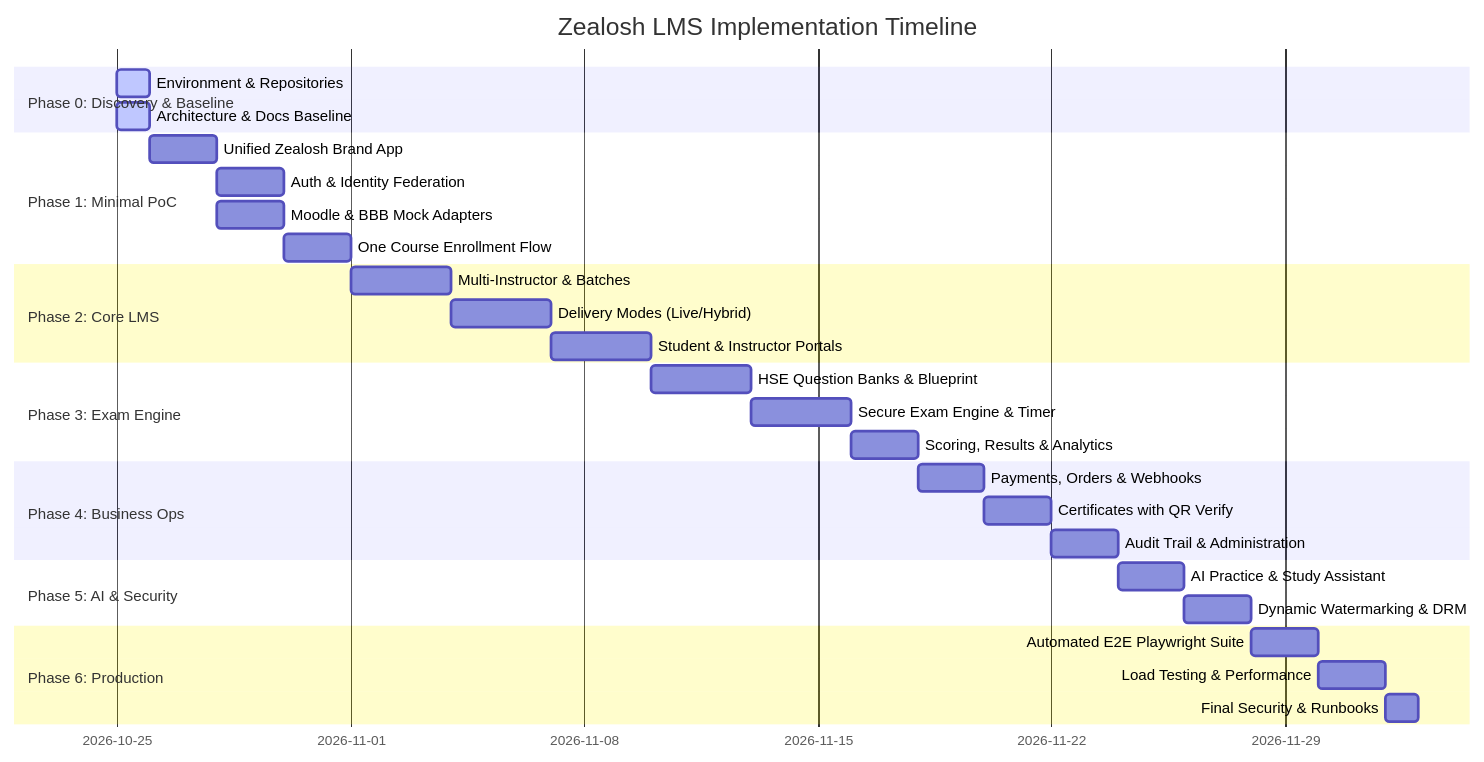
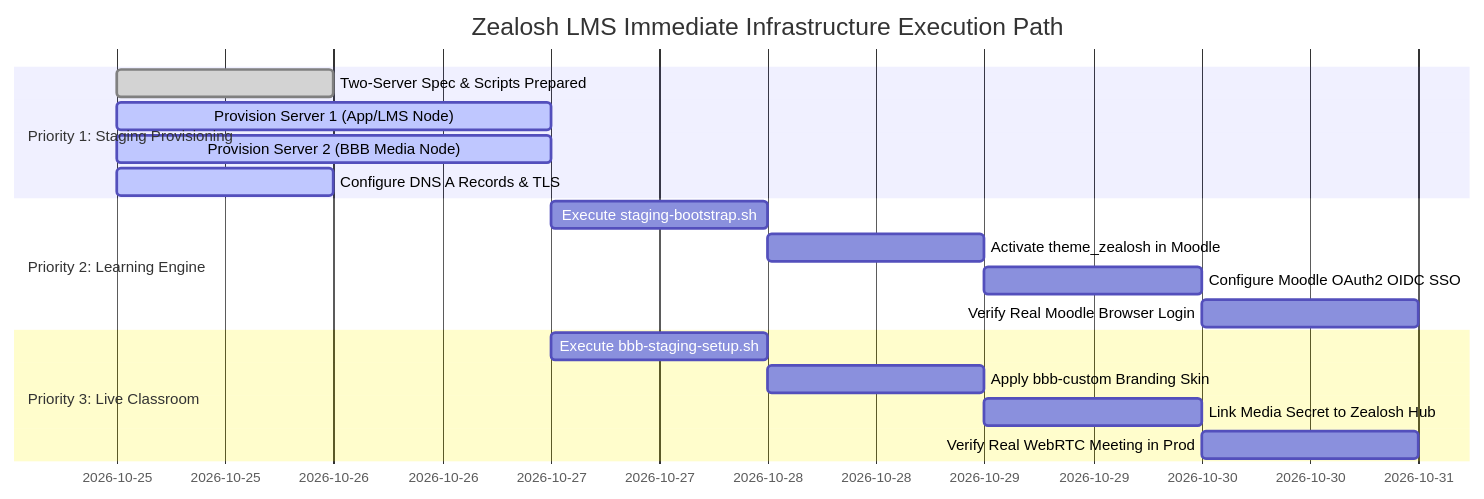
Before and after one commit to alexclicks15-lab/zealosh-lms: the diagram in docs/IMPLEMENTATION_ROADMAP.md, drawn with Mermaid. The commit also changed other lines of this file and 312 other files, not shown here.

Commit message:
feat(staging): CP-8.2 finalize moodle database decision option a and staging infrastructure readiness

````diff
--- a/docs/IMPLEMENTATION_ROADMAP.md
+++ b/docs/IMPLEMENTATION_ROADMAP.md
@@ -11,32 +12,20 @@
 ```mermaid
 gantt
-    title Zealosh LMS Implementation Timeline
+    title Zealosh LMS Immediate Infrastructure Execution Path
     dateFormat  YYYY-MM-DD
-    section Phase 0: Discovery & Baseline
-    Environment & Repositories     :active, p0_1, 2026-10-25, 1d
-    Architecture & Docs Baseline  :active, p0_2, 2026-10-25, 1d
-    section Phase 1: Minimal PoC
-    Unified Zealosh Brand App     :p1_1, after p0_2, 2d
-    Auth & Identity Federation    :p1_2, after p1_1, 2d
-    Moodle & BBB Mock Adapters    :p1_3, after p1_1, 2d
-    One Course Enrollment Flow    :p1_4, after p1_2, 2d
-    section Phase 2: Core LMS
-    Multi-Instructor & Batches    :p2_1, after p1_4, 3d
-    Delivery Modes (Live/Hybrid)  :p2_2, after p2_1, 3d
-    Student & Instructor Portals  :p2_3, after p2_2, 3d
-    section Phase 3: Exam Engine
-    HSE Question Banks & Blueprint:p3_1, after p2_3, 3d
-    Secure Exam Engine & Timer    :p3_2, after p3_1, 3d
-    Scoring, Results & Analytics  :p3_3, after p3_2, 2d
-    section Phase 4: Business Ops
-    Payments, Orders & Webhooks   :p4_1, after p3_3, 2d
-    Certificates with QR Verify   :p4_2, after p4_1, 2d
-    Audit Trail & Administration  :p4_3, after p4_2, 2d
-    section Phase 5: AI & Security
-    AI Practice & Study Assistant :p5_1, after p4_3, 2d
-    Dynamic Watermarking & DRM    :p5_2, after p5_1, 2d
-    section Phase 6: Production
-    Automated E2E Playwright Suite:p6_1, after p5_2, 2d
-    Load Testing & Performance    :p6_2, after p6_1, 2d
-    Final Security & Runbooks     :p6_3, after p6_2, 1d
+    section Priority 1: Staging Provisioning
+    Two-Server Spec & Scripts Prepared :done, p1_1, 2026-10-25, 1d
+    Provision Server 1 (App/LMS Node)  :active, p1_2, 2026-10-25, 2d
+    Provision Server 2 (BBB Media Node):active, p1_3, 2026-10-25, 2d
+    Configure DNS A Records & TLS       :active, p1_4, 2026-10-25, 1d
+    section Priority 2: Learning Engine
+    Execute staging-bootstrap.sh       :p2_1, after p1_2, 1d
+    Activate theme_zealosh in Moodle   :p2_2, after p2_1, 1d
+    Configure Moodle OAuth2 OIDC SSO   :p2_3, after p2_2, 1d
+    Verify Real Moodle Browser Login   :p2_4, after p2_3, 1d
+    section Priority 3: Live Classroom
+    Execute bbb-staging-setup.sh       :p3_1, after p1_3, 1d
+    Apply bbb-custom Branding Skin     :p3_2, after p3_1, 1d
+    Link Media Secret to Zealosh Hub   :p3_3, after p3_2, 1d
+    Verify Real WebRTC Meeting in Prod :p3_4, after p3_3, 1d
 ```
````
